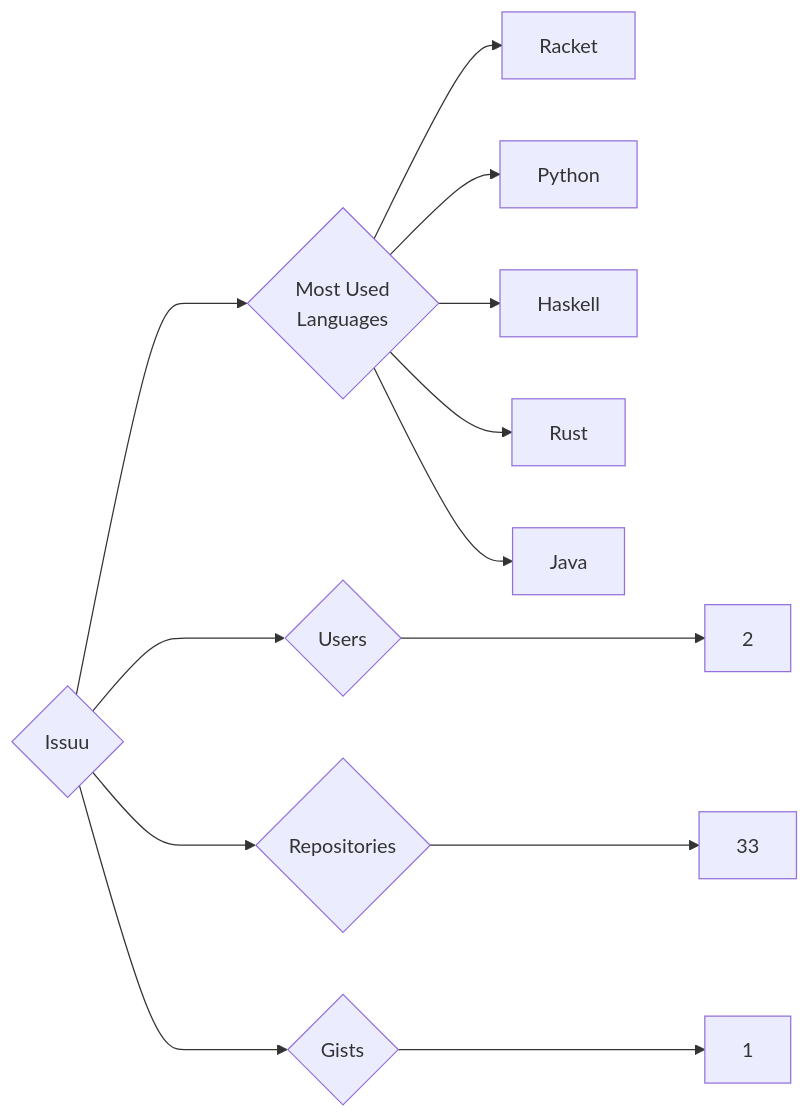
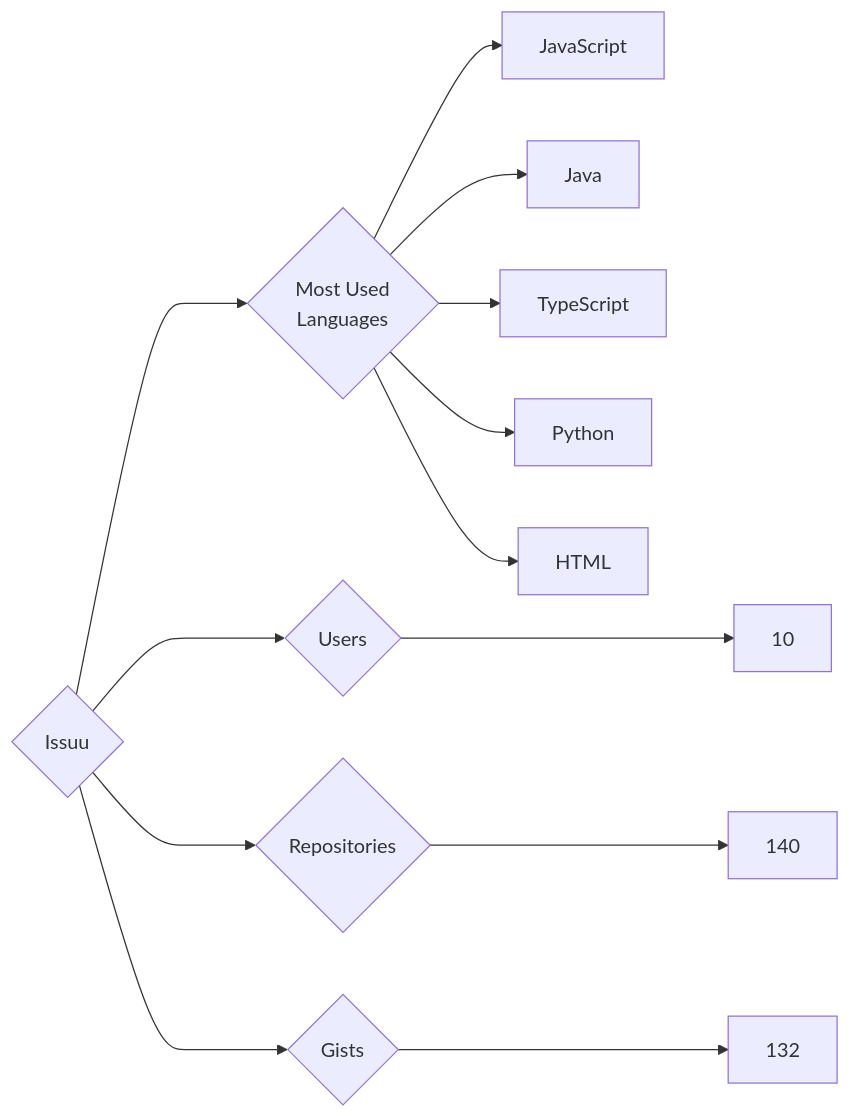
One commit to trickest/insiders changed the diagram in targets/Issuu/README.md. Above: the diagram before and after it, drawn with Mermaid. The commit also changed 895 other files, not shown here.

````diff
--- a/targets/Issuu/README.md
+++ b/targets/Issuu/README.md
@@ -3,13 +3,13 @@
 ```mermaid
 graph LR
 COMPANY_NAME{Issuu}
-COMPANY_NAME ---> U{Users} ---> UN[2]
-COMPANY_NAME ---> R{Repositories} ---> RN[33]
-COMPANY_NAME ---> G{Gists} ---> GN[1]
+COMPANY_NAME ---> U{Users} ---> UN[10]
+COMPANY_NAME ---> R{Repositories} ---> RN[140]
+COMPANY_NAME ---> G{Gists} ---> GN[132]
 COMPANY_NAME ---> ML{Most Used<br>Languages}
-ML --> Racket[Racket]
+ML --> JavaScript[JavaScript]
+ML --> Java[Java]
+ML --> TypeScript[TypeScript]
 ML --> Python[Python]
-ML --> Haskell[Haskell]
-ML --> Rust[Rust]
-ML --> Java[Java]
+ML --> HTML[HTML]
 ```
````
